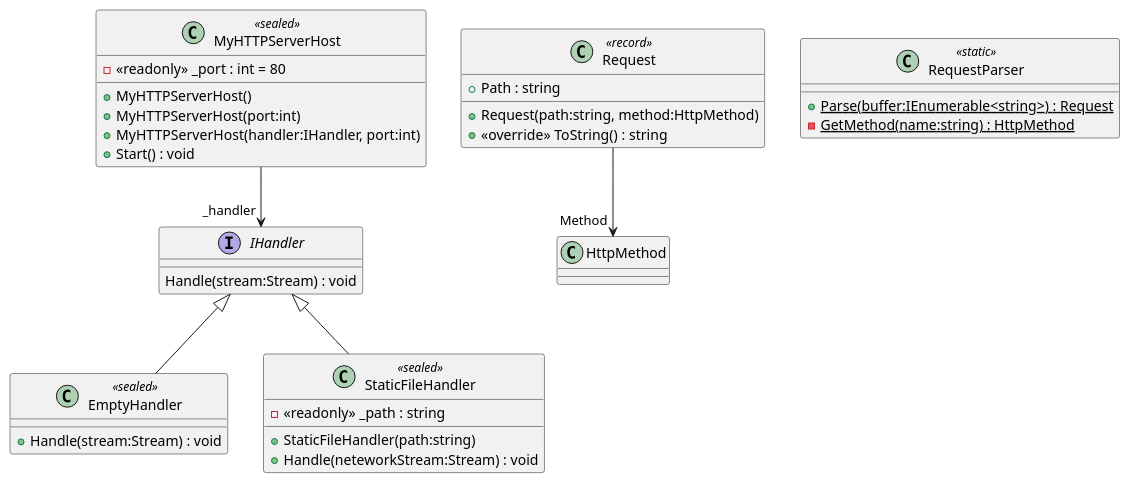
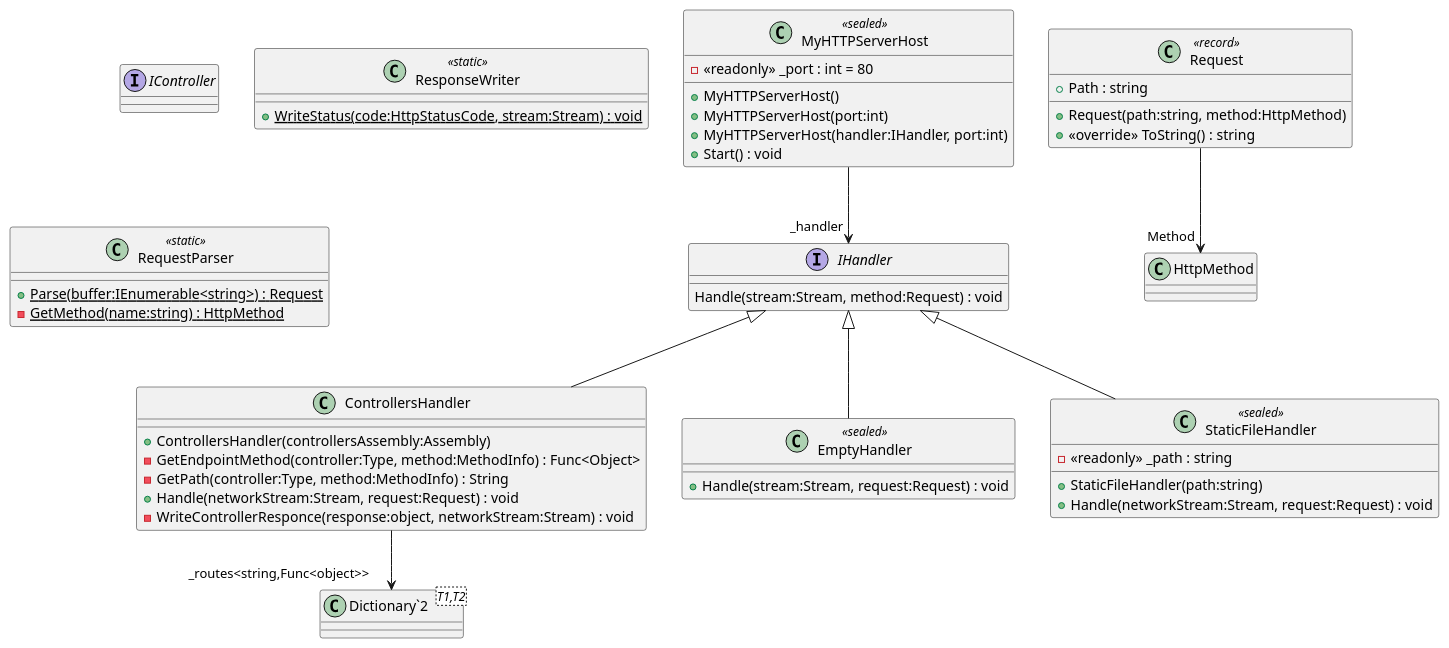
The diagram in PlantUml/MyHTTPServer/include.puml (Fentan-kyc/MY_HTTP_SERVER), drawn with PlantUML before and after one commit. The commit also changed 10 other files, not shown here.

Commit message:
new diagram

```diff
--- a/PlantUml/MyHTTPServer/include.puml
+++ b/PlantUml/MyHTTPServer/include.puml
@@ -1,33 +1,49 @@
 @startuml
+interface IController {
+}
 interface IHandler {
-    Handle(stream:Stream) : void
+    Handle(stream:Stream, method:Request) : void
 }
 class MyHTTPServerHost <<sealed>> {
     - <<readonly>> _port : int = 80
     + MyHTTPServerHost()
     + MyHTTPServerHost(port:int)
     + MyHTTPServerHost(handler:IHandler, port:int)
     + Start() : void
 }
 MyHTTPServerHost --> "_handler" IHandler
 class Request <<record>> {
     + Path : string
     + Request(path:string, method:HttpMethod)
     + <<override>> ToString() : string
 }
 Request --> "Method" HttpMethod
+class ResponseWriter <<static>> {
+    + {static} WriteStatus(code:HttpStatusCode, stream:Stream) : void
+}
+class ControllersHandler {
+    + ControllersHandler(controllersAssembly:Assembly)
+    - GetEndpointMethod(controller:Type, method:MethodInfo) : Func<Object>
+    - GetPath(controller:Type, method:MethodInfo) : String
+    + Handle(networkStream:Stream, request:Request) : void
+    - WriteControllerResponce(response:object, networkStream:Stream) : void
+}
+class "Dictionary`2"<T1,T2> {
+}
+IHandler <|-- ControllersHandler
+ControllersHandler --> "_routes<string,Func<object>>" "Dictionary`2"
 class EmptyHandler <<sealed>> {
-    + Handle(stream:Stream) : void
+    + Handle(stream:Stream, request:Request) : void
 }
 IHandler <|-- EmptyHandler
 class StaticFileHandler <<sealed>> {
     - <<readonly>> _path : string
     + StaticFileHandler(path:string)
-    + Handle(neteworkStream:Stream) : void
+    + Handle(networkStream:Stream, request:Request) : void
 }
 IHandler <|-- StaticFileHandler
 class RequestParser <<static>> {
     + {static} Parse(buffer:IEnumerable<string>) : Request
     - {static} GetMethod(name:string) : HttpMethod
 }
 @enduml
```
